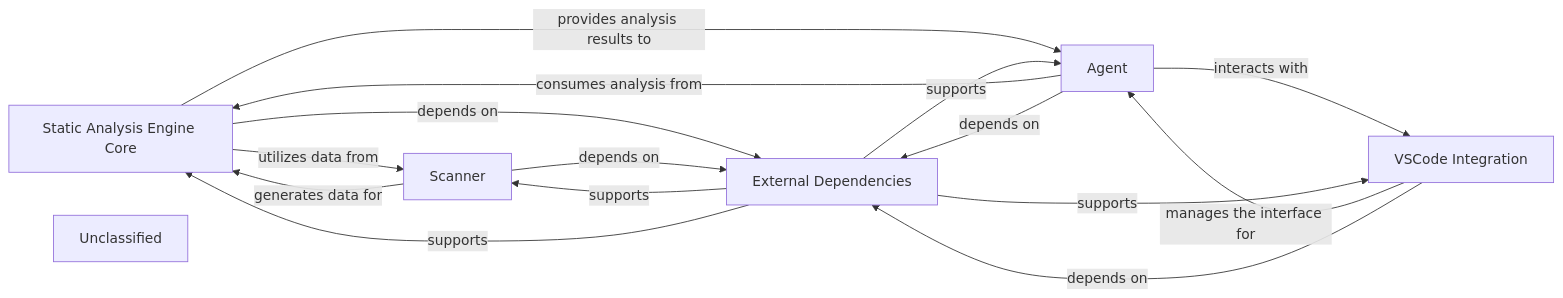
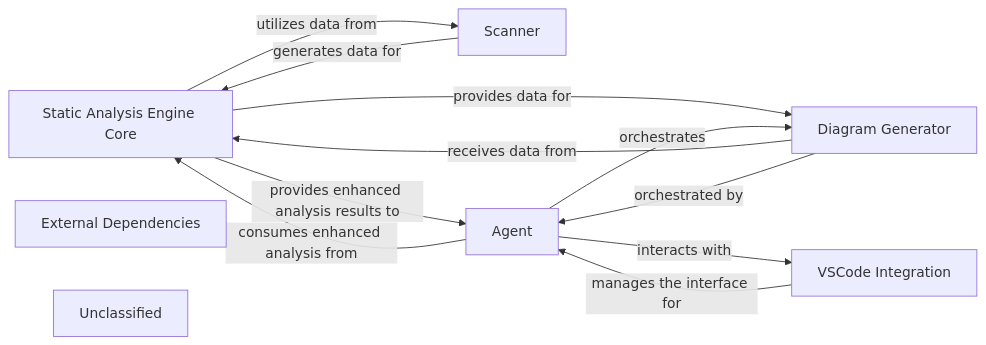
The diagram in .codeboarding/Static_Analysis_Engine.md (CodeBoarding/CodeBoarding), drawn with Mermaid before and after one commit. The commit also changed other lines of this file and 17 other files, not shown here.

First line of the commit message:
docs: update codeboarding documentation and generate architecture

````diff
--- a/.codeboarding/Static_Analysis_Engine.md
+++ b/.codeboarding/Static_Analysis_Engine.md
@@ -1,23 +1,20 @@
 ```mermaid
 graph LR
     Static_Analysis_Engine_Core["Static Analysis Engine Core"]
     Scanner["Scanner"]
     Agent["Agent"]
     VSCode_Integration["VSCode Integration"]
+    Diagram_Generator["Diagram Generator"]
     External_Dependencies["External Dependencies"]
     Unclassified["Unclassified"]
     Static_Analysis_Engine_Core -- "utilizes data from" --> Scanner
-    Static_Analysis_Engine_Core -- "provides analysis results to" --> Agent
-    Static_Analysis_Engine_Core -- "depends on" --> External_Dependencies
+    Static_Analysis_Engine_Core -- "provides enhanced analysis results to" --> Agent
+    Static_Analysis_Engine_Core -- "provides data for" --> Diagram_Generator
     Scanner -- "generates data for" --> Static_Analysis_Engine_Core
-    Scanner -- "depends on" --> External_Dependencies
-    Agent -- "consumes analysis from" --> Static_Analysis_Engine_Core
+    Agent -- "consumes enhanced analysis from" --> Static_Analysis_Engine_Core
+    Agent -- "orchestrates" --> Diagram_Generator
     Agent -- "interacts with" --> VSCode_Integration
-    Agent -- "depends on" --> External_Dependencies
     VSCode_Integration -- "manages the interface for" --> Agent
-    VSCode_Integration -- "depends on" --> External_Dependencies
-    External_Dependencies -- "supports" --> Scanner
-    External_Dependencies -- "supports" --> Static_Analysis_Engine_Core
-    External_Dependencies -- "supports" --> Agent
-    External_Dependencies -- "supports" --> VSCode_Integration
+    Diagram_Generator -- "receives data from" --> Static_Analysis_Engine_Core
+    Diagram_Generator -- "orchestrated by" --> Agent
 ```
````
